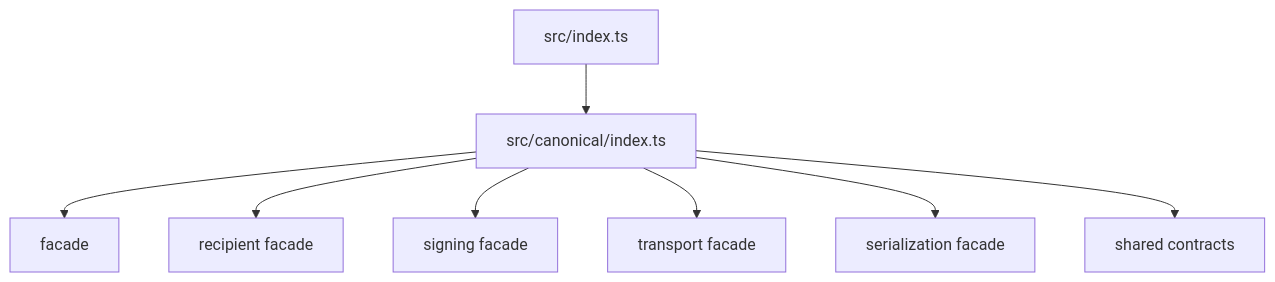
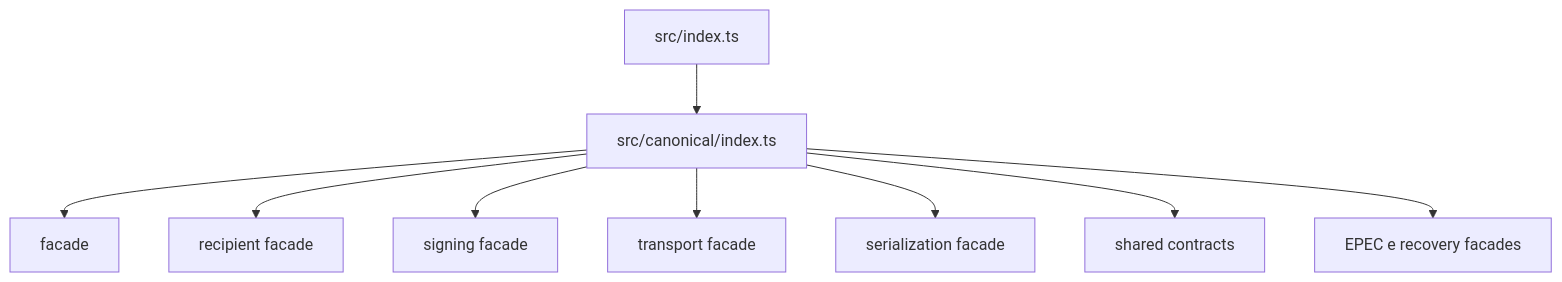
One commit to linkiez/nfe_sdk changed the diagram in src/canonical/index.doc.md. Above: the diagram before and after it, drawn with Mermaid. The commit also changed other lines of this file and 33 other files, not shown here.

````diff
--- a/src/canonical/index.doc.md
+++ b/src/canonical/index.doc.md
@@ -26,10 +27,11 @@
 ```mermaid
 flowchart TD
   A[src/index.ts] --> B[src/canonical/index.ts]
   B --> C[facade]
   B --> D[recipient facade]
   B --> E[signing facade]
   B --> F[transport facade]
   B --> G[serialization facade]
   B --> H[shared contracts]
+  B --> I[EPEC e recovery facades]
 ```
````
